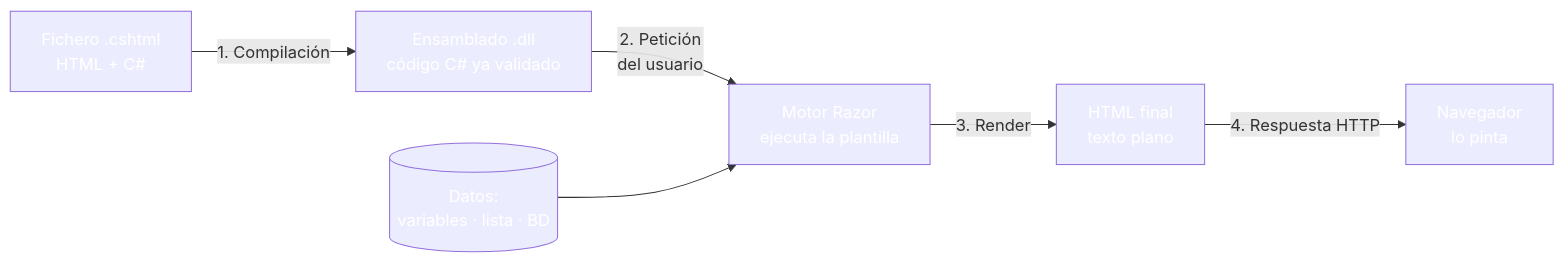
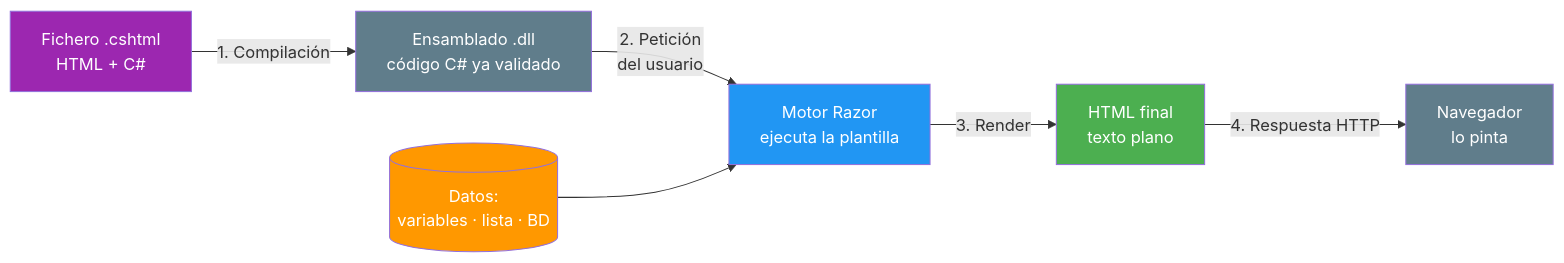
One commit to joseluisgs/DesarrolloWebEntornosServidor-03-2026-2027 changed the fourth of 7 diagrams in 01-razor-fundamentos.md. Above: the diagram before and after it, drawn with Mermaid. The commit also changed other lines of this file and 25 other files, not shown here.

Commit message:
docs: corregir los estilos Mermaid de los temas y alinear el dominio del tema 25 con ProductosApp

````diff
--- a/01-razor-fundamentos.md
+++ b/01-razor-fundamentos.md
@@ -248,15 +248,15 @@
 ```mermaid
 graph LR
     A["Fichero .cshtml<br/>HTML + C#"] -->|"1. Compilación"| B["Ensamblado .dll<br/>código C# ya validado"]
     B -->|"2. Petición<br/>del usuario"| C["Motor Razor<br/>ejecuta la plantilla"]
     D[("Datos:<br/>variables · lista · BD")] --> C
     C -->|"3. Render"| E["HTML final<br/>texto plano"]
     E -->|"4. Respuesta HTTP"| F["Navegador<br/>lo pinta"]
 
-    style A fill:#9C27B,color:#fff0,color:#fff
-    style B fill:#607D8,color:#fffB,color:#fff
-    style C fill:#2196F,color:#fff3,color:#fff
-    style D fill:#FF980,color:#fff0,color:#fff
-    style E fill:#4CAF5,color:#fff0,color:#fff
-    style F fill:#607D8,color:#fffB,color:#fff
+    style A fill:#9C27B0,color:#fff
+    style B fill:#607D8B,color:#fff
+    style C fill:#2196F3,color:#fff
+    style D fill:#FF9800,color:#fff
+    style E fill:#4CAF50,color:#fff
+    style F fill:#607D8B,color:#fff
 ```
````
